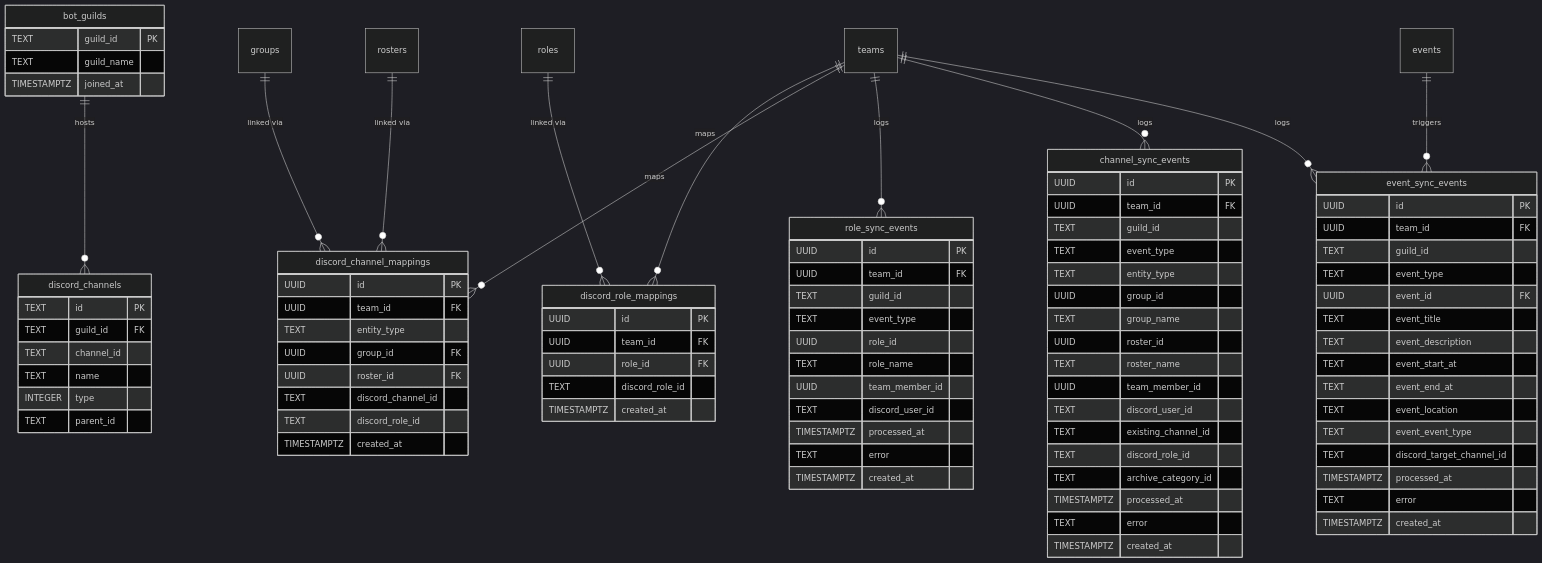
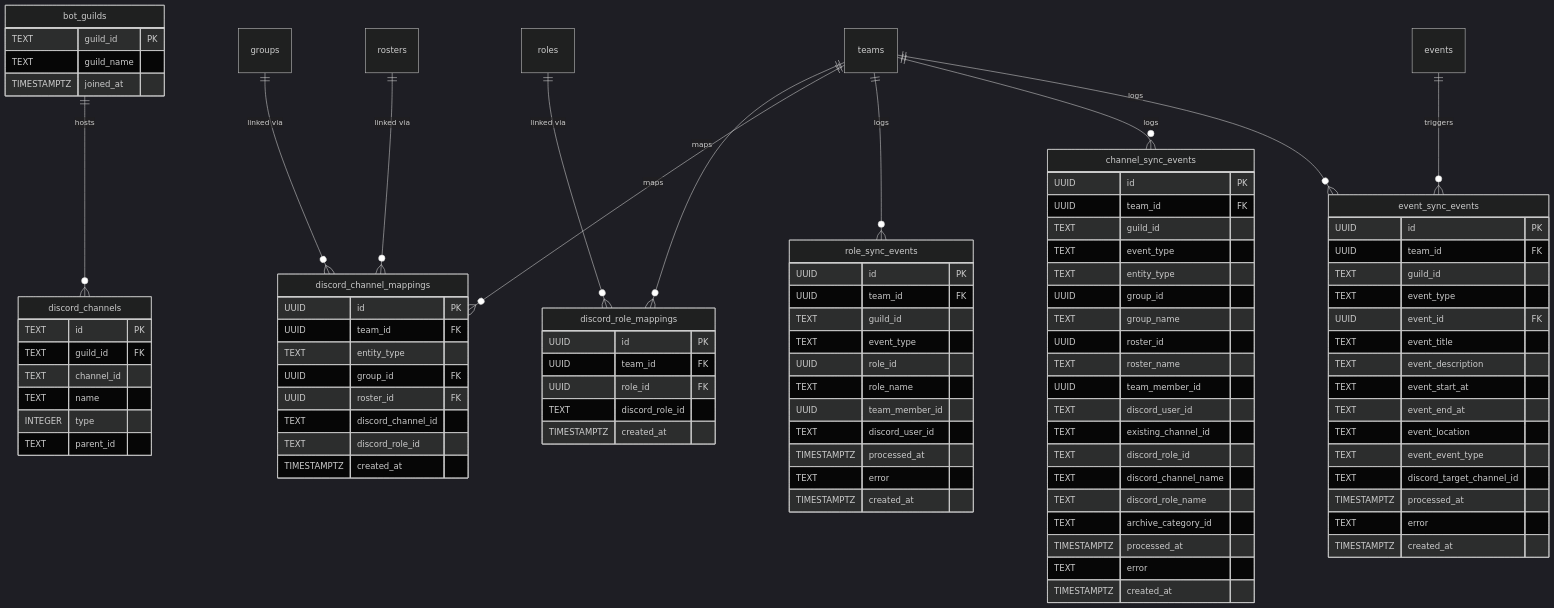
One commit to maxa-ondrej/sideline changed the eighth of 12 diagrams in docs/thesis/er-diagram.md. Above: the diagram before and after it, drawn with Mermaid (dark theme). The commit also changed other lines of this file and 28 other files, not shown here.

First line of the commit message:
Add Discord channel/role format options to team settings (#154)

```diff
--- a/docs/thesis/er-diagram.md
+++ b/docs/thesis/er-diagram.md
@@ -466,6 +468,8 @@
         TEXT discord_user_id
         TEXT existing_channel_id
         TEXT discord_role_id
+        TEXT discord_channel_name
+        TEXT discord_role_name
         TEXT archive_category_id
         TIMESTAMPTZ processed_at
         TEXT error
```
